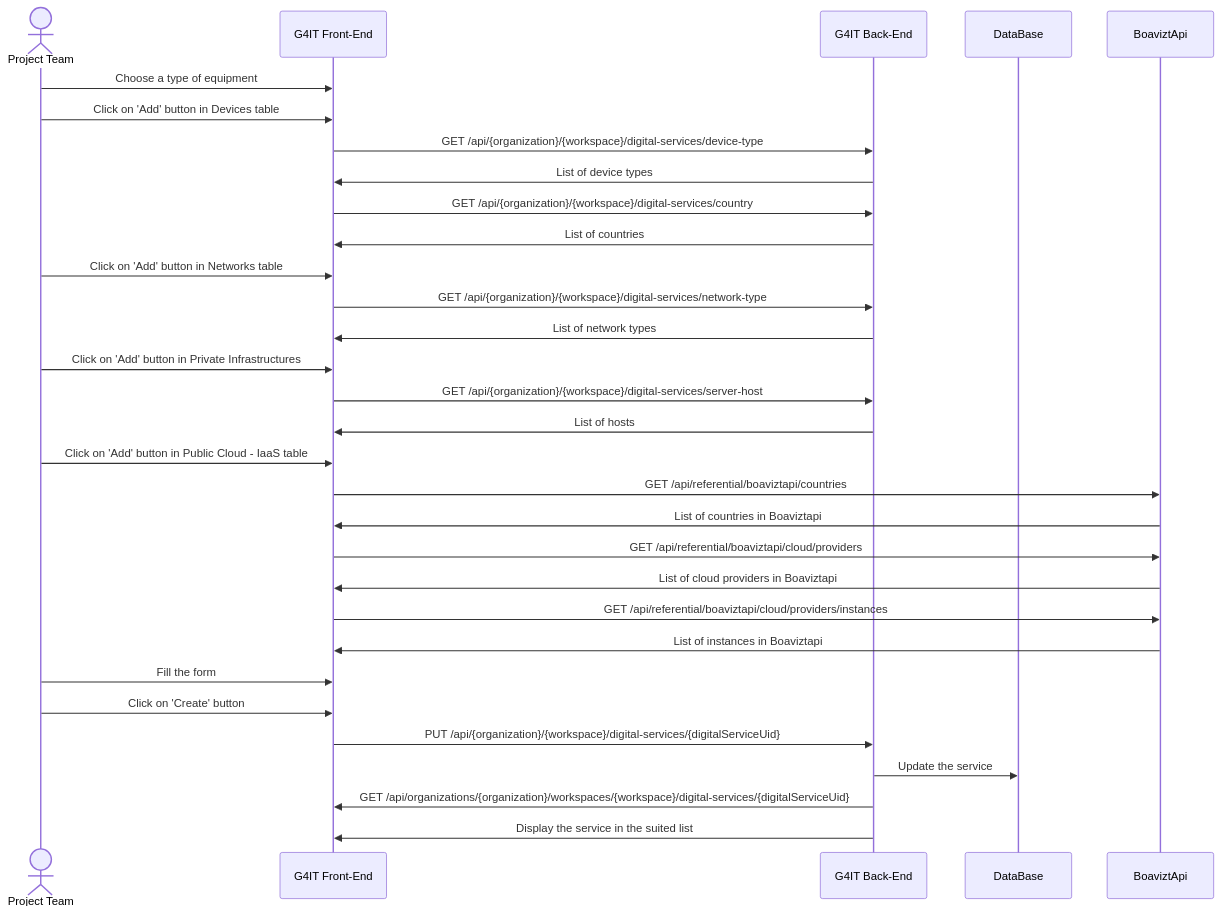
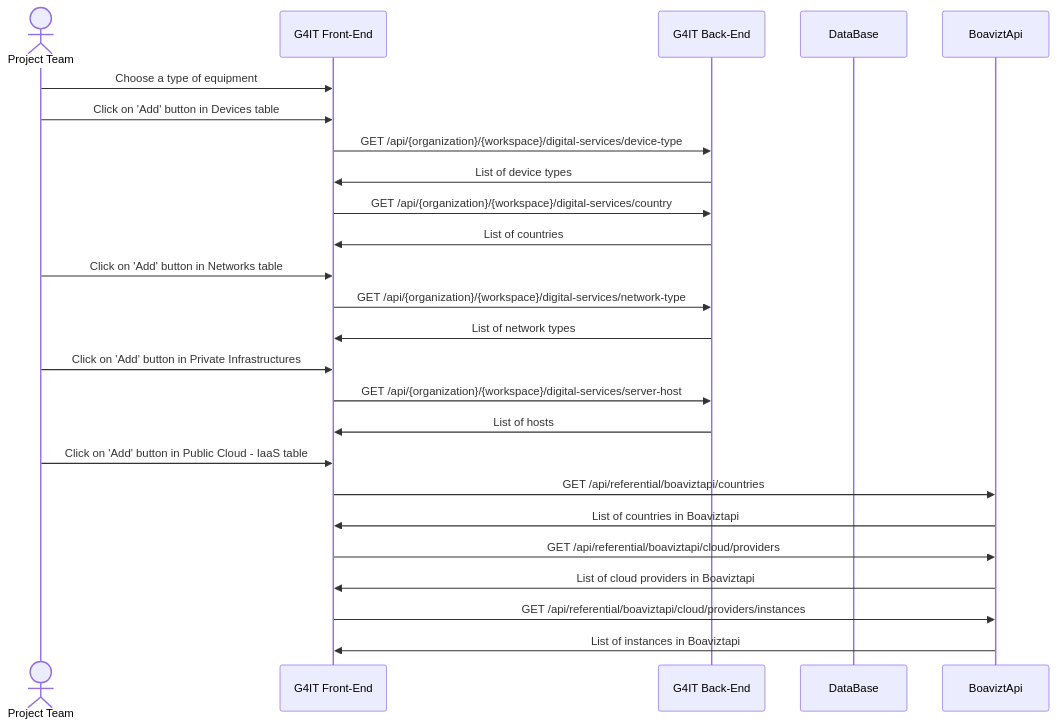
The second of 2 diagrams in services/documentation/content/2-functional-documentation/use_cases/uc_digital_services/uc3_add_visualize_equipments/_index.md (teamg4it/g4it), drawn with Mermaid before and after one commit. The commit also changed other lines of this file and 34 other files, not shown here.

```diff
--- a/services/documentation/content/2-functional-documentation/use_cases/uc_digital_services/uc3_add_visualize_equipments/_index.md
+++ b/services/documentation/content/2-functional-documentation/use_cases/uc_digital_services/uc3_add_visualize_equipments/_index.md
@@ -56,38 +56,33 @@
 {{< mermaid >}}
 sequenceDiagram
 actor RND as Project Team
 participant front as G4IT Front-End
 participant back as G4IT Back-End
 participant DataBase
 participant BoaviztApi
 
 RND ->> front: Choose a type of equipment
 RND ->> front: Click on 'Add' button in Devices table
 front ->> back: GET /api/{organization}/{workspace}/digital-services/device-type
 back ->> front: List of device types
 front ->> back: GET /api/{organization}/{workspace}/digital-services/country
 back ->> front: List of countries
 RND ->> front: Click on 'Add' button in Networks table
 front ->> back: GET /api/{organization}/{workspace}/digital-services/network-type
 back ->> front: List of network types
 RND ->> front: Click on 'Add' button in Private Infrastructures
 front ->> back: GET /api/{organization}/{workspace}/digital-services/server-host
 back ->> front: List of hosts
 
 RND ->> front: Click on 'Add' button in Public Cloud - IaaS table
 front ->> BoaviztApi: GET /api/referential/boaviztapi/countries
 BoaviztApi ->> front: List of countries in Boaviztapi
 front ->> BoaviztApi: GET /api/referential/boaviztapi/cloud/providers
 BoaviztApi ->> front: List of cloud providers in Boaviztapi
 front ->> BoaviztApi: GET /api/referential/boaviztapi/cloud/providers/instances
 BoaviztApi ->> front: List of instances in Boaviztapi
 
-RND ->> front: Fill the form
-RND ->> front: Click on 'Create' button
-front ->> back: PUT /api/{organization}/{workspace}/digital-services/{digitalServiceUid}
 
-back ->> DataBase: Update the service
-back ->> front: GET /api/organizations/{organization}/workspaces/{workspace}/digital-services/{digitalServiceUid}
-back ->> front: Display the service in the suited list
+
 
 {{< /mermaid >}}
```
